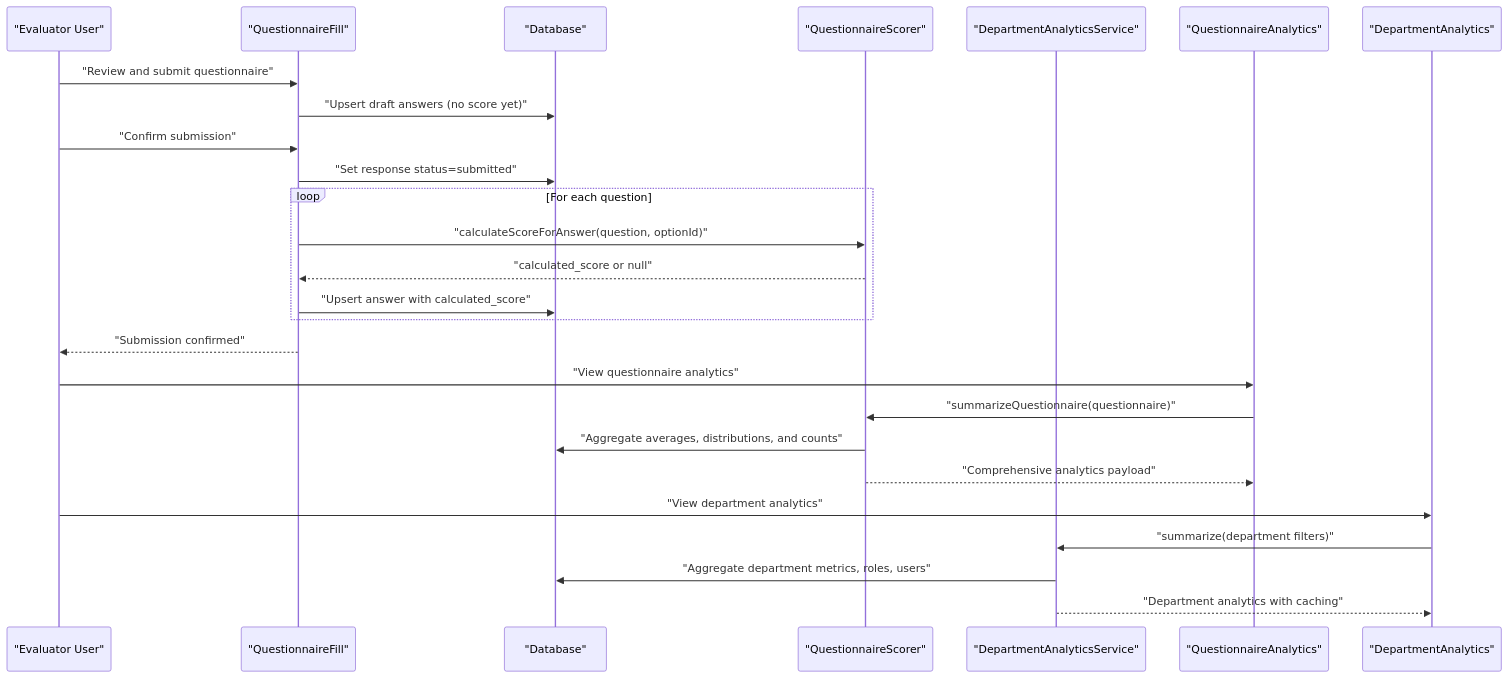
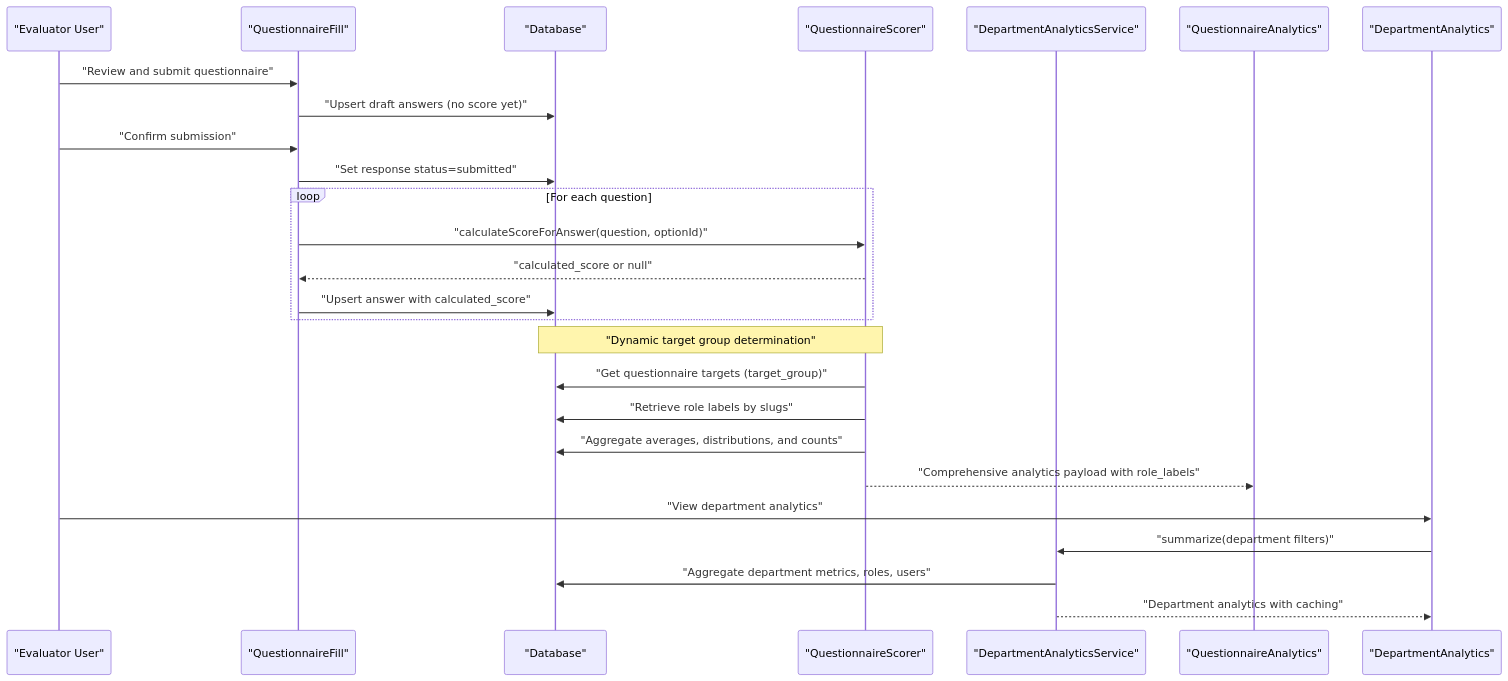
One commit to rudicatsmile/assesment360 changed the second of 8 diagrams in .qoder/repowiki/en/content/Core Features/Evaluation Workflows/Scoring Algorithm.md. Above: the diagram before and after it, drawn with Mermaid. The commit also changed other lines of this file and 4 other files, not shown here.

First line of the commit message:
feat(analytics): implement dynamic target group management in scoring algorithm

````diff
--- a/.qoder/repowiki/en/content/Core Features/Evaluation Workflows/Scoring Algorithm.md
+++ b/.qoder/repowiki/en/content/Core Features/Evaluation Workflows/Scoring Algorithm.md
@@ -161,28 +174,28 @@
 ```mermaid
 sequenceDiagram
 participant U as "Evaluator User"
 participant WF as "QuestionnaireFill"
 participant DB as "Database"
 participant S as "QuestionnaireScorer"
 participant DAS as "DepartmentAnalyticsService"
 participant QA as "QuestionnaireAnalytics"
 participant DA as "DepartmentAnalytics"
 U->>WF : "Review and submit questionnaire"
 WF->>DB : "Upsert draft answers (no score yet)"
 U->>WF : "Confirm submission"
 WF->>DB : "Set response status=submitted"
 loop For each question
 WF->>S : "calculateScoreForAnswer(question, optionId)"
 S-->>WF : "calculated_score or null"
 WF->>DB : "Upsert answer with calculated_score"
 end
-WF-->>U : "Submission confirmed"
-U->>QA : "View questionnaire analytics"
-QA->>S : "summarizeQuestionnaire(questionnaire)"
+Note over S,DB : "Dynamic target group determination"
+S->>DB : "Get questionnaire targets (target_group)"
+S->>DB : "Retrieve role labels by slugs"
 S->>DB : "Aggregate averages, distributions, and counts"
-S-->>QA : "Comprehensive analytics payload"
+S-->>QA : "Comprehensive analytics payload with role_labels"
 U->>DA : "View department analytics"
 DA->>DAS : "summarize(department filters)"
 DAS->>DB : "Aggregate department metrics, roles, users"
 DAS-->>DA : "Department analytics with caching"
 ```
````
